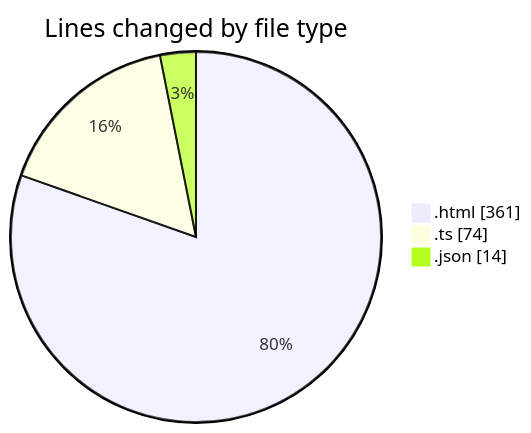
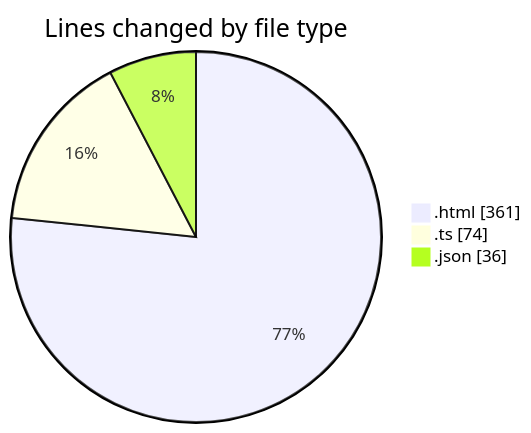
The first of 2 diagrams in 2025-05-15/news-clock-system-caspercg/README.md (momahboobian/code-tracking), drawn with Mermaid before and after one commit. The commit also changed other lines of this file and 1 other file, not shown here.

````diff
--- a/2025-05-15/news-clock-system-caspercg/README.md
+++ b/2025-05-15/news-clock-system-caspercg/README.md
@@ -24,7 +25,7 @@
 ```mermaid
 pie showData
 title Lines changed by file type
 ".html" : 361
 ".ts" : 74
-".json" : 14
+".json" : 36
 ```
````
